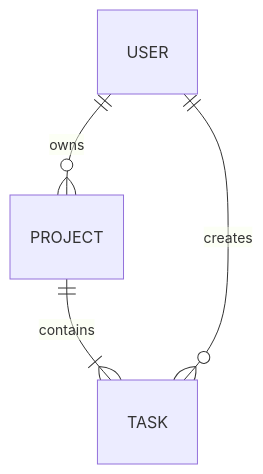
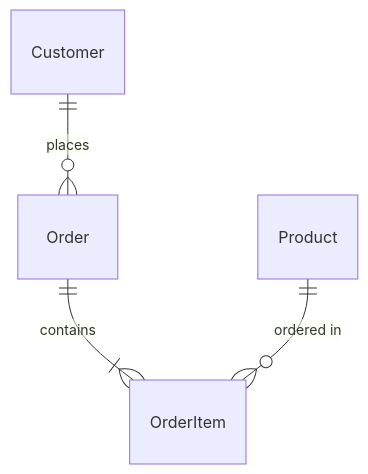
One commit to Jazz-Man/cc-sdd changed the diagram in .claude/commands/kiro/spec-design.md. Above: the diagram before and after it, drawn with Mermaid. The commit also changed other lines of this file and 14 other files, not shown here.

````diff
--- a/.claude/commands/kiro/spec-design.md
+++ b/.claude/commands/kiro/spec-design.md
@@ -178,6 +225,6 @@
 ```mermaid
 erDiagram
-    USER ||--o{ PROJECT : "owns"
-    PROJECT ||--|{ TASK : "contains"
-    USER ||--o{ TASK : "creates"
+    Customer ||--o{ Order : places
+    Order ||--|{ OrderItem : contains
+    Product ||--o{ OrderItem : "ordered in"
 ```
````
